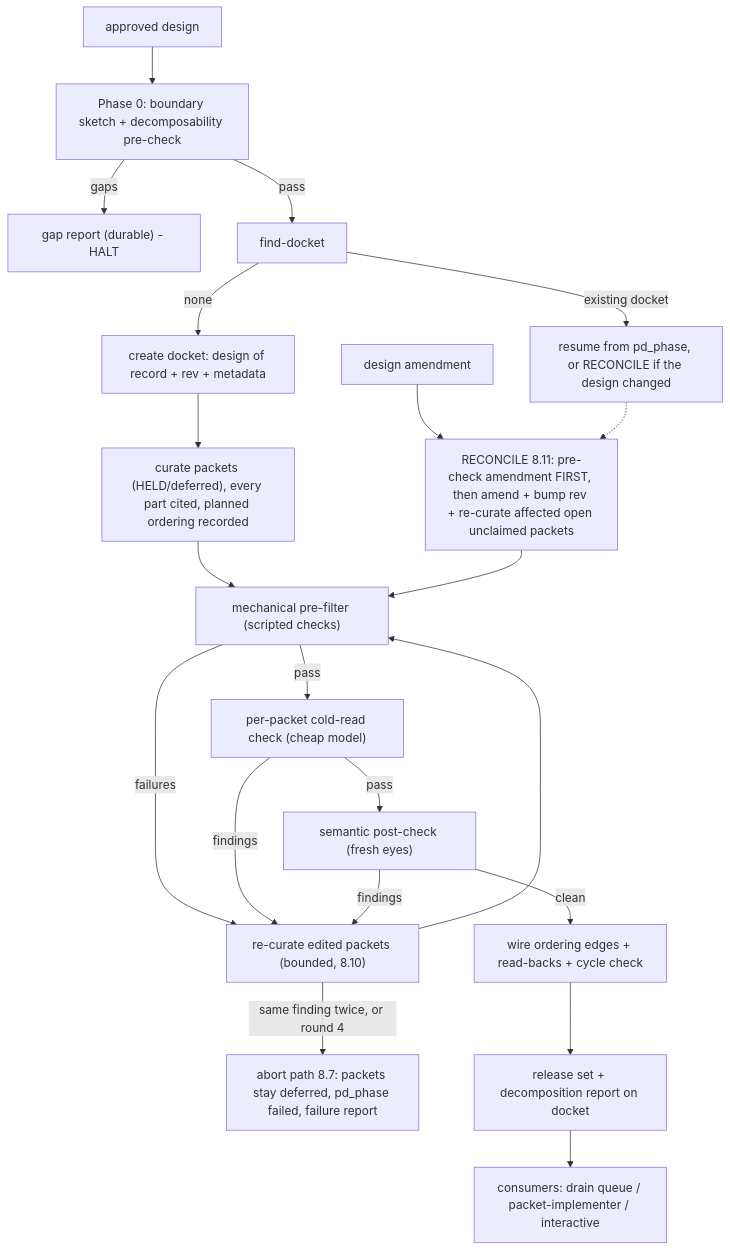
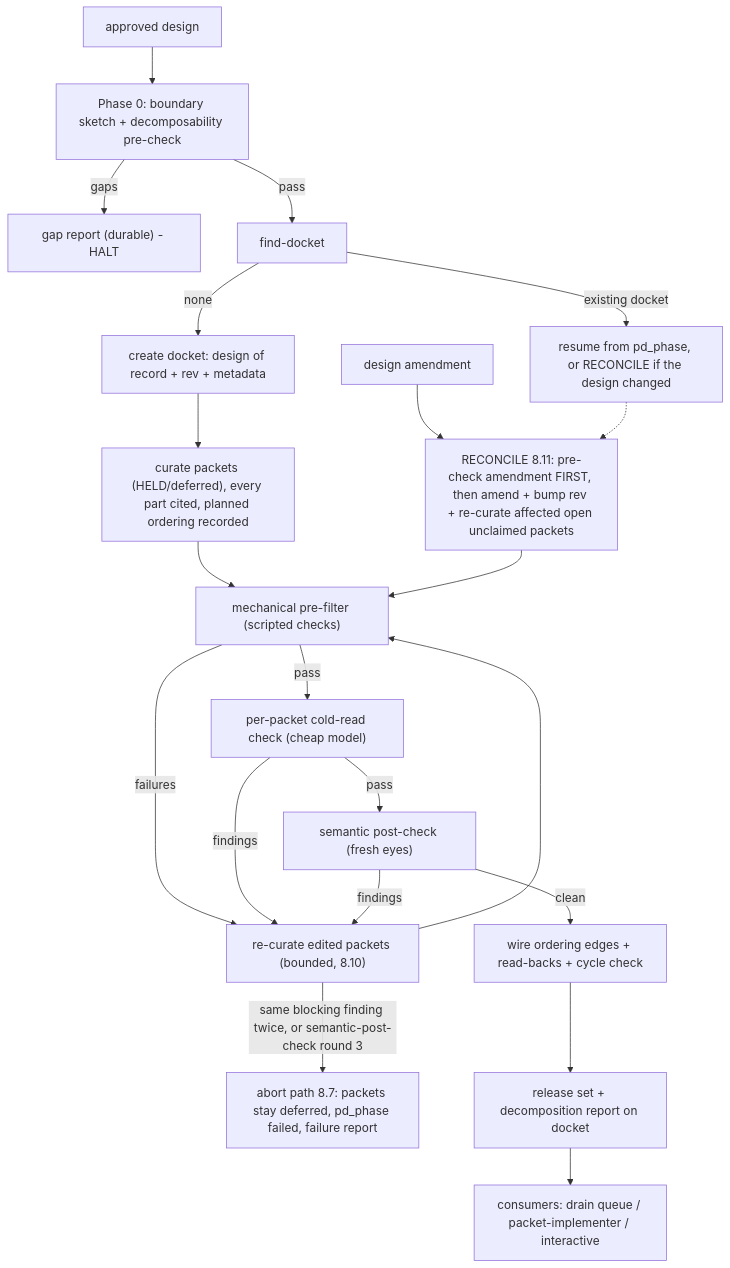
One commit to phillipgreenii/nix-agent-support changed the diagram in docs/superpowers/specs/2026-08-27-plan-decompose-design.md. Above: the diagram before and after it, drawn with Mermaid. The commit also changed other lines of this file and 3 other files, not shown here.

First line of the commit message:
plan-decompose: severity-gated post-check rounds + five pre-filter checks

````diff
--- a/docs/superpowers/specs/2026-08-27-plan-decompose-design.md
+++ b/docs/superpowers/specs/2026-08-27-plan-decompose-design.md
@@ -158,23 +158,23 @@
 ```mermaid
 flowchart TD
     A["approved design"] --> B["Phase 0: boundary sketch + decomposability pre-check"]
     B -->|"gaps"| G["gap report (durable) - HALT"]
     B -->|"pass"| C["find-docket"]
     C -->|"existing docket"| R["resume from pd_phase, or RECONCILE if the design changed"]
     C -->|"none"| C2["create docket: design of record + rev + metadata"]
     C2 --> D["curate packets (HELD/deferred), every part cited, planned ordering recorded"]
     D --> P["mechanical pre-filter (scripted checks)"]
     P -->|"failures"| D2["re-curate edited packets (bounded, 8.10)"]
     P -->|"pass"| E["per-packet cold-read check (cheap model)"]
     E -->|"findings"| D2
     E -->|"pass"| F["semantic post-check (fresh eyes)"]
     F -->|"findings"| D2
     D2 --> P
-    D2 -->|"same finding twice, or round 4"| X["abort path 8.7: packets stay deferred, pd_phase failed, failure report"]
+    D2 -->|"same blocking finding twice, or semantic-post-check round 3"| X["abort path 8.7: packets stay deferred, pd_phase failed, failure report"]
     F -->|"clean"| H["wire ordering edges + read-backs + cycle check"]
     H --> I["release set + decomposition report on docket"]
     I --> J["consumers: drain queue / packet-implementer / interactive"]
     K["design amendment"] --> L["RECONCILE 8.11: pre-check amendment FIRST, then amend + bump rev + re-curate affected open unclaimed packets"]
     R -.-> L
     L --> P
 ```
````
